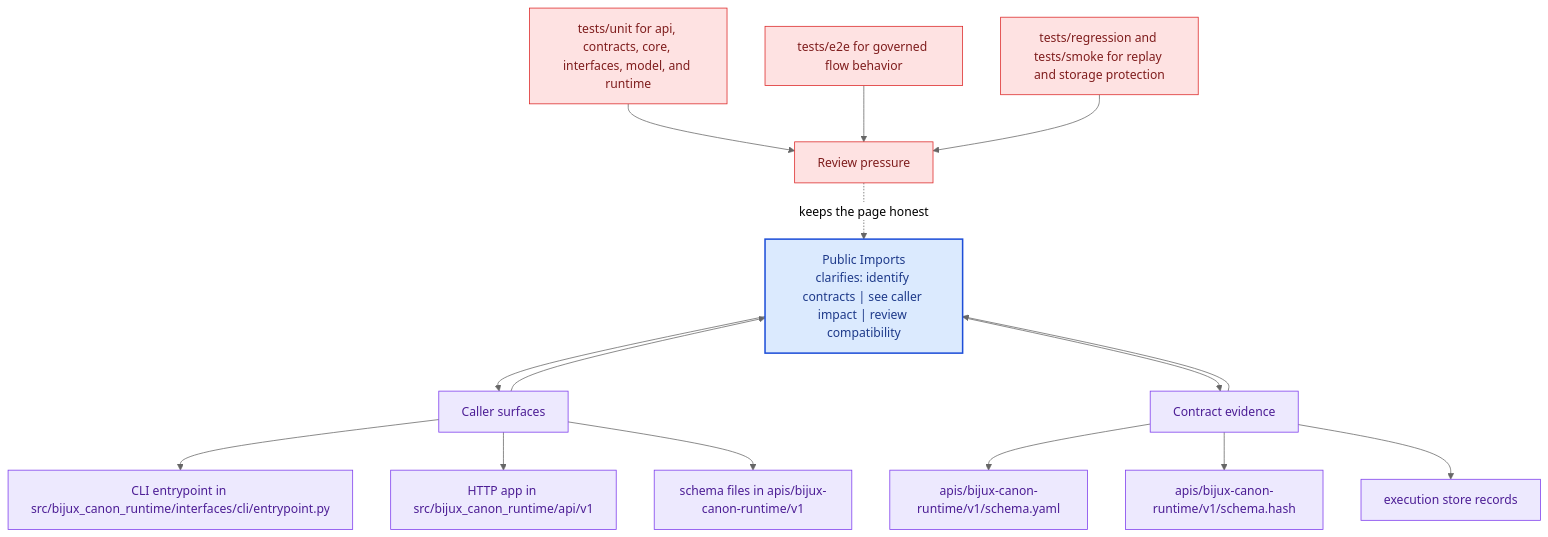
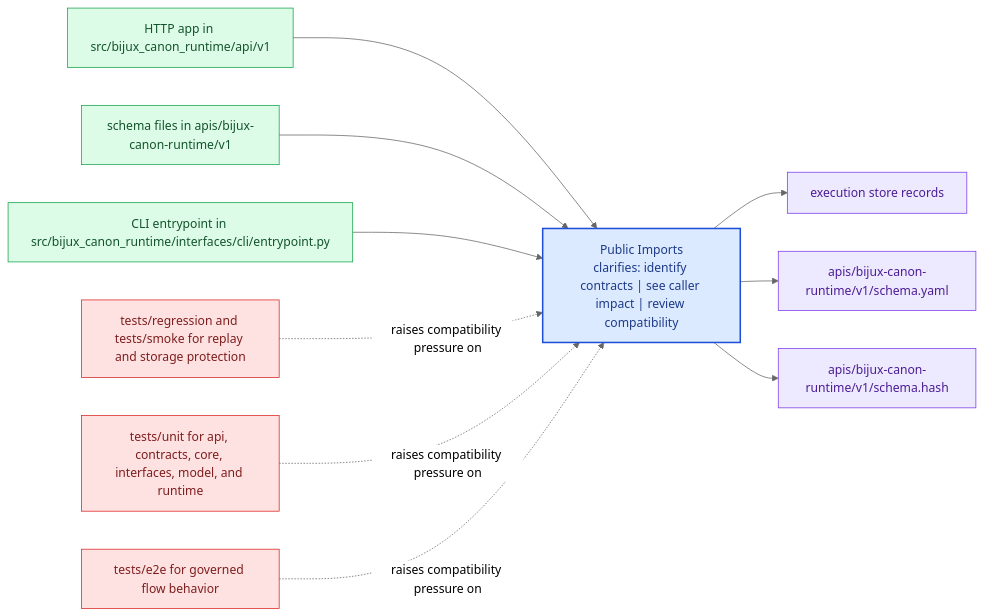
One commit to bijux/bijux-canon changed the diagram in docs/bijux-canon-runtime/interfaces/public-imports.md. Above: the diagram before and after it, drawn with Mermaid (neutral theme). The commit also changed other lines of this file and 281 other files, not shown here.

Commit message:
docs(diagrams): replace repeated mermaid scaffolds with page-specific summaries

````diff
--- a/docs/bijux-canon-runtime/interfaces/public-imports.md
+++ b/docs/bijux-canon-runtime/interfaces/public-imports.md
@@ -68,41 +23,31 @@
 ```mermaid
-flowchart TB
-    promise["Public Imports<br/>clarifies: identify contracts | see caller impact | review compatibility"]
-    classDef promise fill:#dbeafe,stroke:#1d4ed8,color:#1e3a8a,stroke-width:2px;
-    classDef driver fill:#dcfce7,stroke:#16a34a,color:#14532d;
-    classDef constraint fill:#fee2e2,stroke:#dc2626,color:#7f1d1d;
-    classDef ground fill:#ede9fe,stroke:#7c3aed,color:#4c1d95;
-    focus1["Caller surfaces"]
-    focus1 --> promise
-    promise --> focus1
-    focus1_1["CLI entrypoint in src/bijux_canon_runtime/interfaces/cli/entrypoint.py"]
-    focus1 --> focus1_1
-    focus1_2["HTTP app in src/bijux_canon_runtime/api/v1"]
-    focus1 --> focus1_2
-    focus1_3["schema files in apis/bijux-canon-runtime/v1"]
-    focus1 --> focus1_3
-    class focus1 ground;
-    class focus1_1,focus1_2,focus1_3 ground;
-    focus2["Contract evidence"]
-    focus2 --> promise
-    promise --> focus2
-    focus2_1["apis/bijux-canon-runtime/v1/schema.yaml"]
-    focus2 --> focus2_1
-    focus2_2["apis/bijux-canon-runtime/v1/schema.hash"]
-    focus2 --> focus2_2
-    focus2_3["execution store records"]
-    focus2 --> focus2_3
-    class focus2 ground;
-    class focus2_1,focus2_2,focus2_3 ground;
-    focus3["Review pressure"]
-    focus3 -.keeps the page honest.-> promise
-    focus3_1["tests/unit for api, contracts, core, interfaces, model, and runtime"]
-    focus3_1 --> focus3
-    focus3_2["tests/e2e for governed flow behavior"]
-    focus3_2 --> focus3
-    focus3_3["tests/regression and tests/smoke for replay and storage protection"]
-    focus3_3 --> focus3
-    class focus3 constraint;
-    class focus3_1,focus3_2,focus3_3 constraint;
-    class promise promise;
+flowchart LR
+    page["Public Imports<br/>clarifies: identify contracts | see caller impact | review compatibility"]
+    classDef page fill:#dbeafe,stroke:#1d4ed8,color:#1e3a8a,stroke-width:2px;
+    classDef positive fill:#dcfce7,stroke:#16a34a,color:#14532d;
+    classDef caution fill:#fee2e2,stroke:#dc2626,color:#7f1d1d;
+    classDef anchor fill:#ede9fe,stroke:#7c3aed,color:#4c1d95;
+    classDef action fill:#fef3c7,stroke:#d97706,color:#7c2d12;
+    surface1["HTTP app in src/bijux_canon_runtime/api/v1"]
+    surface1 --> page
+    surface2["schema files in apis/bijux-canon-runtime/v1"]
+    surface2 --> page
+    surface3["CLI entrypoint in src/bijux_canon_runtime/interfaces/cli/entrypoint.py"]
+    surface3 --> page
+    proof1["execution store records"]
+    page --> proof1
+    proof2["apis/bijux-canon-runtime/v1/schema.yaml"]
+    page --> proof2
+    proof3["apis/bijux-canon-runtime/v1/schema.hash"]
+    page --> proof3
+    review1["tests/regression and tests/smoke for replay and storage protection"]
+    review1 -.raises compatibility pressure on.-> page
+    review2["tests/unit for api, contracts, core, interfaces, model, and runtime"]
+    review2 -.raises compatibility pressure on.-> page
+    review3["tests/e2e for governed flow behavior"]
+    review3 -.raises compatibility pressure on.-> page
+    class page page;
+    class surface1,surface2,surface3 positive;
+    class proof1,proof2,proof3 anchor;
+    class review1,review2,review3 caution;
 ```
````
